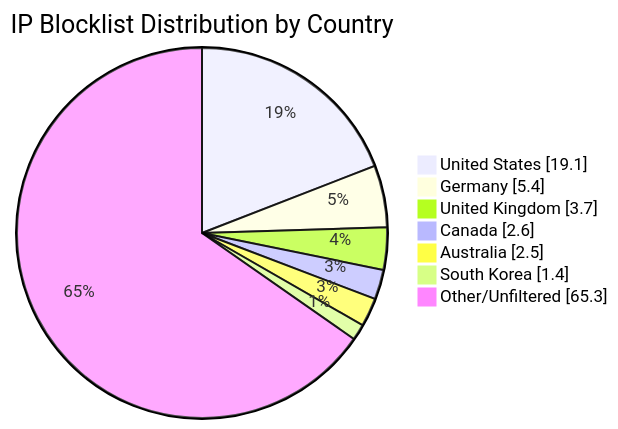
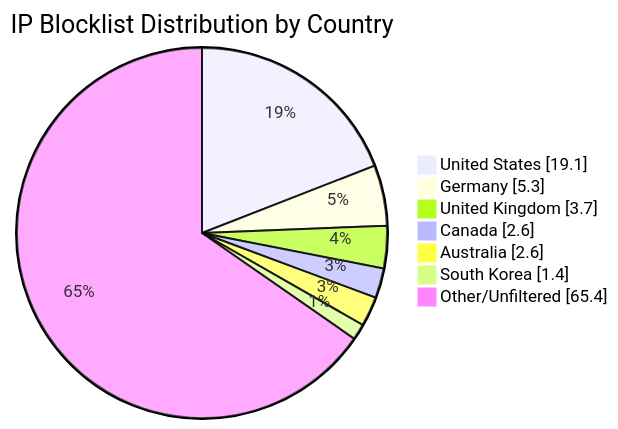
Before and after one commit to MarcusHoltz/ipblocklist-geofiltered-aggregator: the diagram in README.md, drawn with Mermaid. The commit also changed other lines of this file and 9 other files, not shown here.

````diff
--- a/README.md
+++ b/README.md
@@ -34,10 +34,10 @@
 ```mermaid
 pie showData title IP Blocklist Distribution by Country
 "United States" : 19.1
-"Germany" : 5.4
+"Germany" : 5.3
 "United Kingdom" : 3.7
 "Canada" : 2.6
-"Australia" : 2.5
+"Australia" : 2.6
 "South Korea" : 1.4
-"Other/Unfiltered" : 65.3
+"Other/Unfiltered" : 65.4
 ```
````
